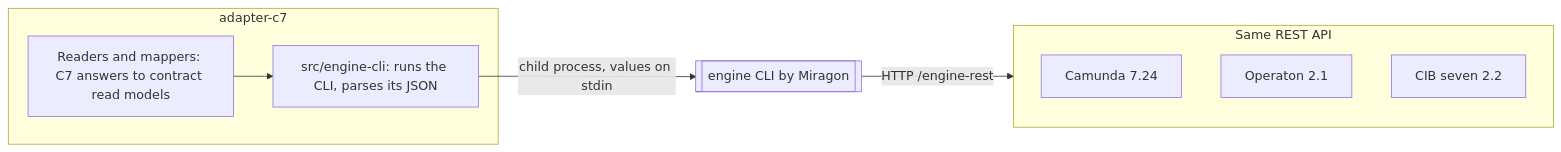
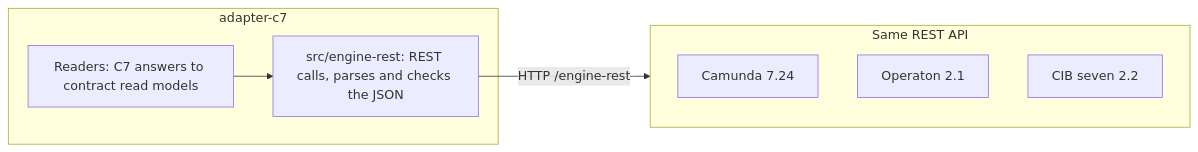
One commit to Miragon/pulse changed the diagram in apps/vscode/docs/adr/c7-adapter.md. Above: the diagram before and after it, drawn with Mermaid. The commit also changed other lines of this file and 268 other files, not shown here.

````diff
--- a/apps/vscode/docs/adr/c7-adapter.md
+++ b/apps/vscode/docs/adr/c7-adapter.md
@@ -18,16 +12,14 @@
 ```mermaid
 flowchart LR
   subgraph adapter [adapter-c7]
-    readers[Readers and mappers: C7 answers to contract read models]
-    wrapper[src/engine-cli: runs the CLI, parses its JSON]
+    readers[Readers: C7 answers to contract read models]
+    rest[src/engine-rest: REST calls, parses and checks the JSON]
   end
-  cli[[engine CLI by Miragon]]
   subgraph family [Same REST API]
     camunda7[Camunda 7.24]
     operaton[Operaton 2.1]
     cibseven[CIB seven 2.2]
   end
-  readers --> wrapper
-  wrapper -- child process, values on stdin --> cli
-  cli -- HTTP /engine-rest --> family
+  readers --> rest
+  rest -- HTTP /engine-rest --> family
 ```
````
